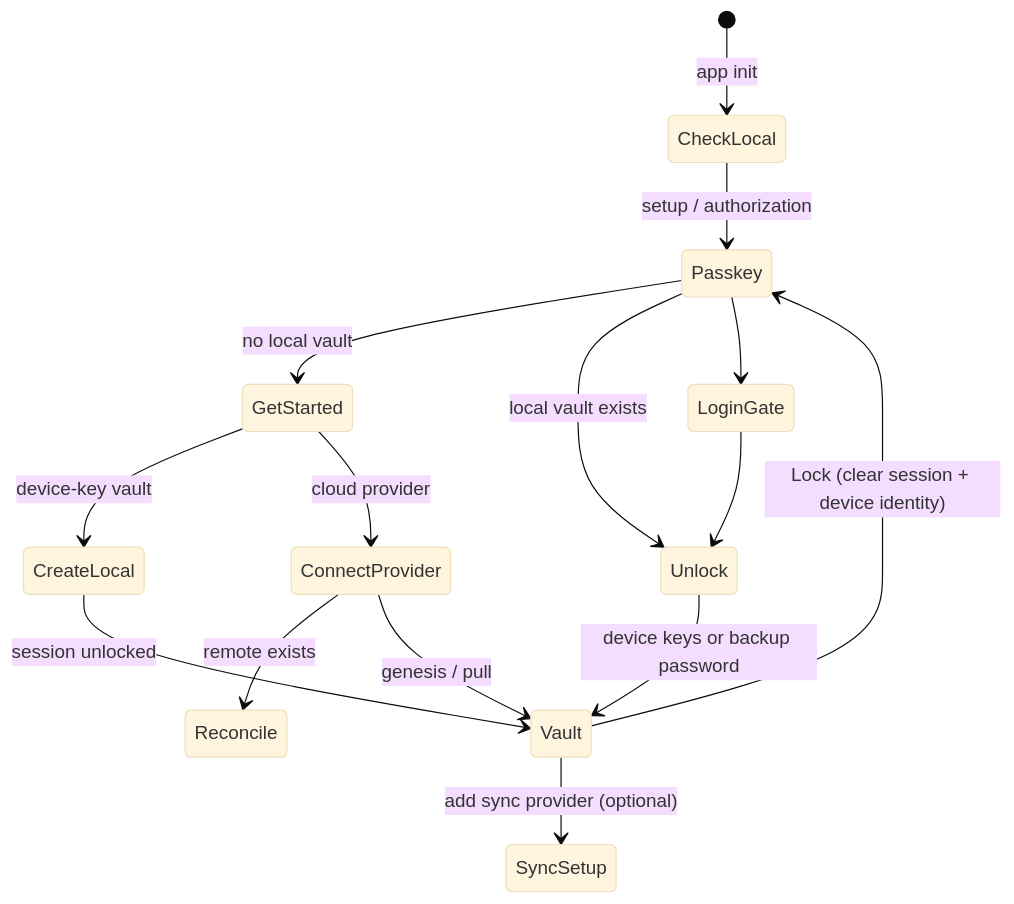
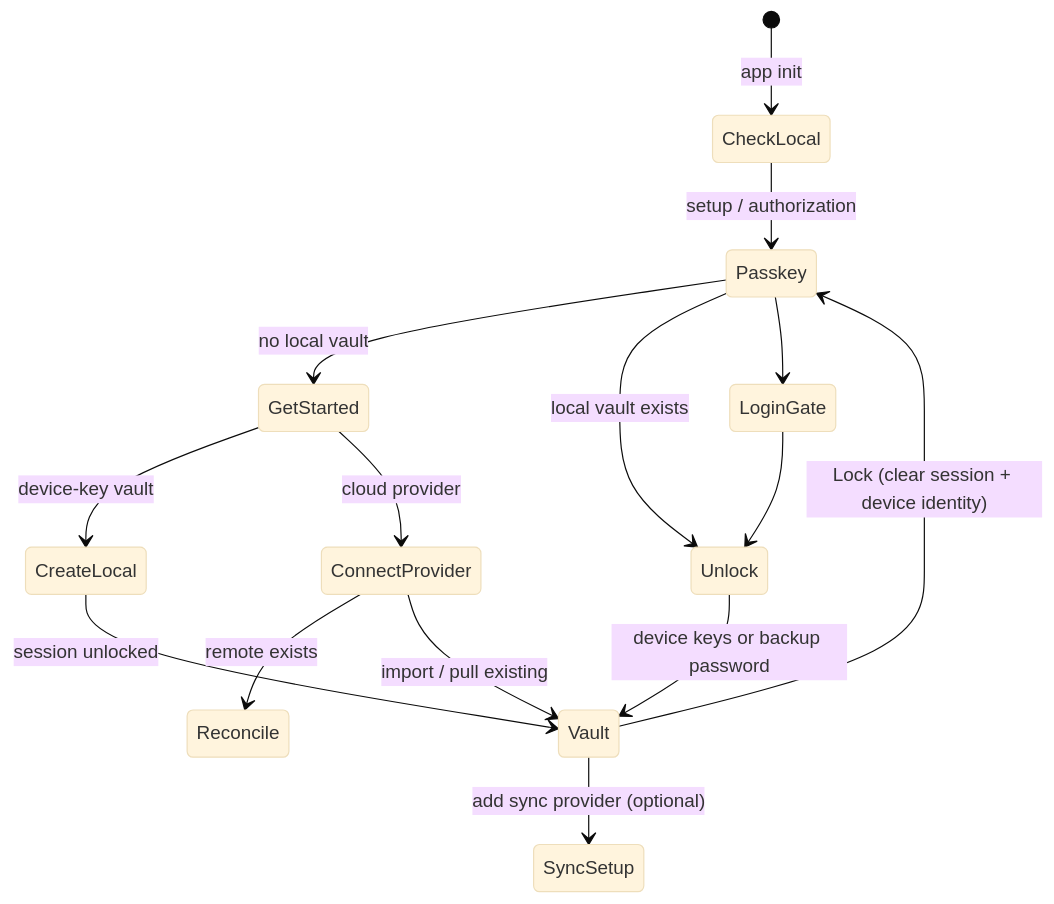
One commit to meta-secret/nook changed the third of 3 diagrams in .cortex/design-docs/unified-vault.md. Above: the diagram before and after it, drawn with Mermaid (base theme). The commit also changed other lines of this file and 7 other files, not shown here.

````diff
--- a/.cortex/design-docs/unified-vault.md
+++ b/.cortex/design-docs/unified-vault.md
@@ -152,17 +152,17 @@
 ```mermaid
 stateDiagram-v2
   [*] --> CheckLocal: app init
   CheckLocal --> Passkey: setup / authorization
   Passkey --> GetStarted: no local vault
   Passkey --> Unlock: local vault exists
   GetStarted --> CreateLocal: device-key vault
   GetStarted --> ConnectProvider: cloud provider
   CreateLocal --> Vault: session unlocked
   ConnectProvider --> Reconcile: remote exists
-  ConnectProvider --> Vault: genesis / pull
+  ConnectProvider --> Vault: import / pull existing
   Unlock --> Vault: device keys or backup password
   Vault --> Passkey: Lock (clear session + device identity)
   Passkey --> LoginGate
   LoginGate --> Unlock
   Vault --> SyncSetup: add sync provider (optional)
 ```
````
